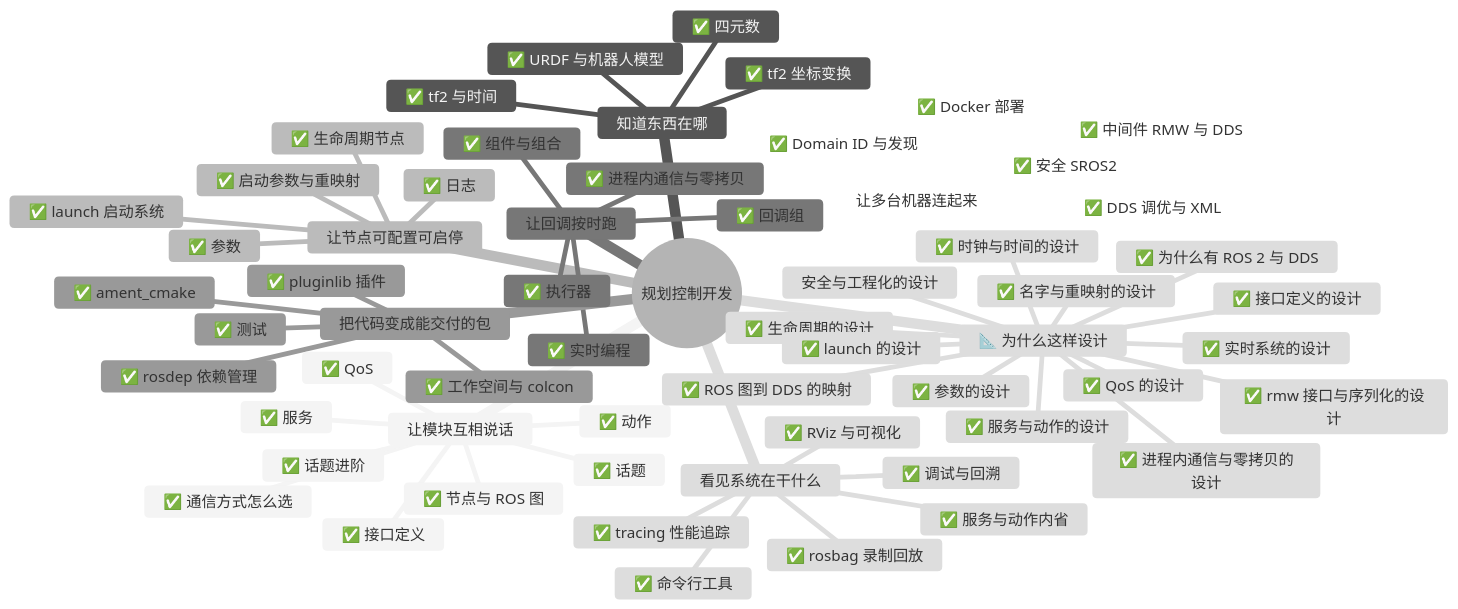
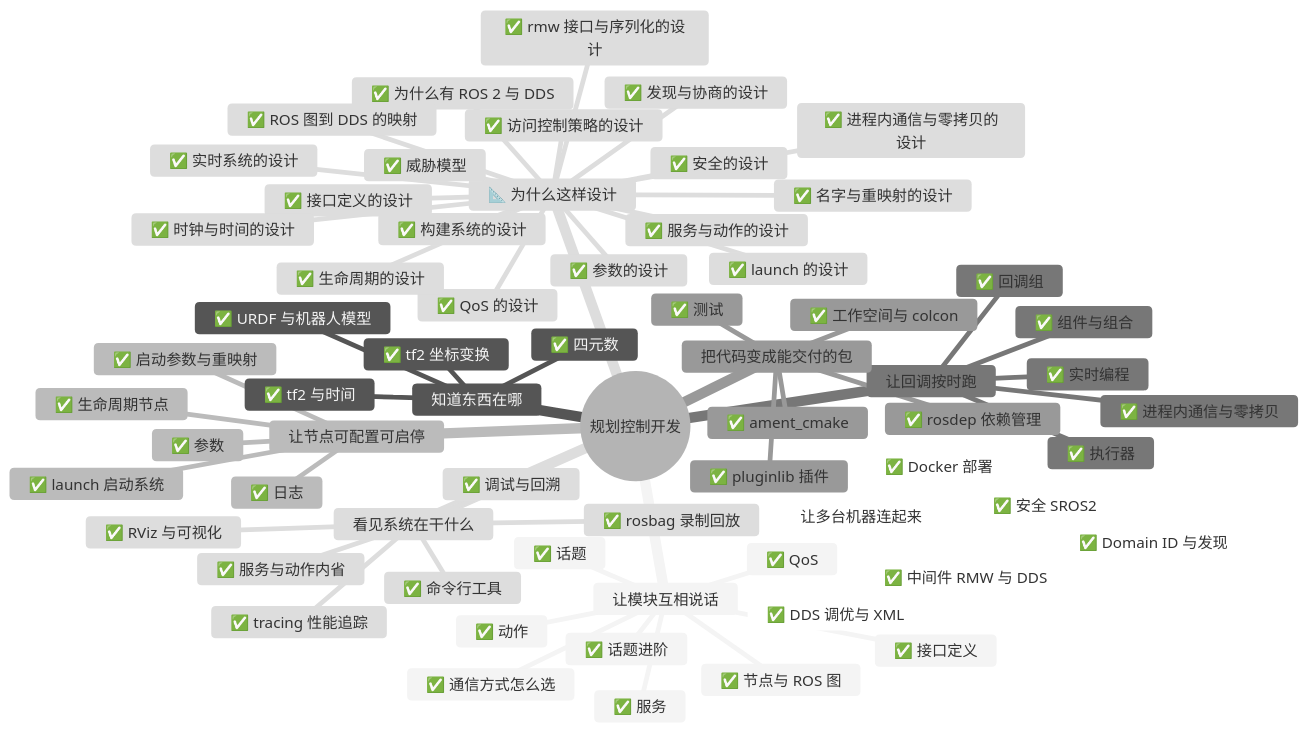
One commit to kevins-96/ros2_documentation changed the diagram in study/map/overview.md. Above: the diagram before and after it, drawn with Mermaid (neutral theme). The commit also changed other lines of this file and 23 other files, not shown here.

````diff
--- a/study/map/overview.md
+++ b/study/map/overview.md
@@ -6,64 +6,68 @@
 ```mermaid
 mindmap
   root((规划控制开发))
     让模块互相说话
       ✅ 节点与 ROS 图
       ✅ 通信方式怎么选
       ✅ 话题
       ✅ QoS
       ✅ 服务
       ✅ 动作
       ✅ 接口定义
       ✅ 话题进阶
     知道东西在哪
       ✅ tf2 坐标变换
       ✅ tf2 与时间
       ✅ 四元数
       ✅ URDF 与机器人模型
     让节点可配置可启停
       ✅ 参数
       ✅ 生命周期节点
       ✅ launch 启动系统
       ✅ 启动参数与重映射
       ✅ 日志
     让回调按时跑
       ✅ 执行器
       ✅ 回调组
       ✅ 组件与组合
       ✅ 进程内通信与零拷贝
       ✅ 实时编程
     把代码变成能交付的包
       ✅ 工作空间与 colcon
       ✅ ament_cmake
       ✅ rosdep 依赖管理
       ✅ pluginlib 插件
       ✅ 测试
     看见系统在干什么
       ✅ 命令行工具
       ✅ rosbag 录制回放
       ✅ 服务与动作内省
       ✅ 调试与回溯
       ✅ tracing 性能追踪
       ✅ RViz 与可视化
     让多台机器连起来
       ✅ 中间件 RMW 与 DDS
       ✅ Domain ID 与发现
       ✅ DDS 调优与 XML
       ✅ Docker 部署
       ✅ 安全 SROS2
     📐 为什么这样设计
       ✅ 为什么有 ROS 2 与 DDS
       ✅ ROS 图到 DDS 的映射
       ✅ QoS 的设计
       ✅ 服务与动作的设计
       ✅ 接口定义的设计
       ✅ 参数的设计
       ✅ 名字与重映射的设计
       ✅ 生命周期的设计
       ✅ 时钟与时间的设计
       ✅ launch 的设计
       ✅ 实时系统的设计
       ✅ 进程内通信与零拷贝的设计
       ✅ rmw 接口与序列化的设计
-      安全与工程化的设计
+      ✅ 安全的设计
+      ✅ 访问控制策略的设计
+      ✅ 威胁模型
+      ✅ 构建系统的设计
+      ✅ 发现与协商的设计
 ```
````
